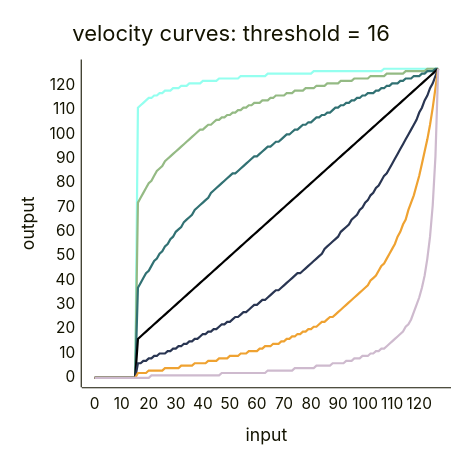
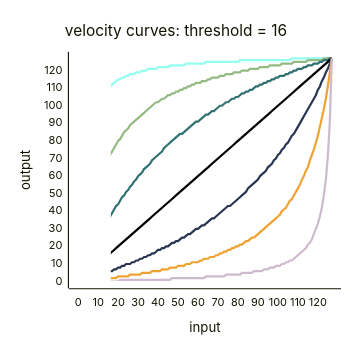
Before and after one commit to HLammers/cybo-drummer: the third of 4 diagrams in README.md, drawn with Mermaid. The commit also changed other lines of this file, not shown here.

````diff
--- a/README.md
+++ b/README.md
@@ -227,28 +233,34 @@
 ```mermaid
 ---
 config:
     xyChart:
-        width: 400
-        height: 400
+        width: 300
+        height: 300
+        titleFontSize: 14
         xAxis:
             showTick: false
             axisLineWidth: 1
+            titleFontSize: 12
+            labelFontSize: 10
         yAxis:
             showTick: false
             axisLineWidth: 1
+            titleFontSize: 12
+            labelFontSize: 10
     themeVariables:
         xyChart:
-            plotColorPalette: "#94ffef, #94ba84, #317173, #000000, #293552, #efa231, #cebace"
+            plotColorPalette: "#94ffef, #94ba84, #317173, #000000, #293552, #efa231, #cebace, #ffffff"
 ---
 xychart-beta
 title "velocity curves: threshold = 16"
 x-axis input 0 --> 127
 y-axis output
-line "positive 3" [0, 0, 0, 0, 0, 0, 0, 0, 0, 0, 0, 0, 0, 0, 0, 0, 111, 112, 113, 114, 115, 115, 116, 116, 117, 117, 118, 118, 118, 119, 119, 119, 120, 120, 120, 121, 121, 121, 121, 121, 122, 122, 122, 122, 122, 122, 123, 123, 123, 123, 123, 123, 123, 123, 124, 124, 124, 124, 124, 124, 124, 124, 124, 124, 125, 125, 125, 125, 125, 125, 125, 125, 125, 125, 125, 125, 125, 125, 125, 125, 125, 126, 126, 126, 126, 126, 126, 126, 126, 126, 126, 126, 126, 126, 126, 126, 126, 126, 126, 126, 126, 126, 126, 126, 126, 126, 126, 127, 127, 127, 127, 127, 127, 127, 127, 127, 127, 127, 127, 127, 127, 127, 127, 127, 127, 127, 127, 127]
-line "positive 2" [0, 0, 0, 0, 0, 0, 0, 0, 0, 0, 0, 0, 0, 0, 0, 0, 72, 74, 76, 78, 80, 81, 83, 85, 86, 87, 89, 90, 91, 92, 93, 94, 95, 96, 97, 98, 99, 100, 101, 102, 102, 103, 104, 104, 105, 106, 106, 107, 107, 108, 108, 109, 109, 110, 110, 111, 111, 112, 112, 113, 113, 113, 114, 114, 114, 115, 115, 116, 116, 116, 116, 117, 117, 117, 118, 118, 118, 118, 119, 119, 119, 119, 120, 120, 120, 120, 121, 121, 121, 121, 121, 122, 122, 122, 122, 122, 123, 123, 123, 123, 123, 123, 124, 124, 124, 124, 124, 124, 125, 125, 125, 125, 125, 125, 125, 126, 126, 126, 126, 126, 126, 126, 126, 127, 127, 127, 127, 127]
-line "positive 1" [0, 0, 0, 0, 0, 0, 0, 0, 0, 0, 0, 0, 0, 0, 0, 0, 37, 39, 41, 43, 44, 46, 48, 49, 51, 52, 54, 55, 57, 58, 60, 61, 62, 64, 65, 66, 67, 69, 70, 71, 72, 73, 74, 76, 77, 78, 79, 80, 81, 82, 83, 84, 84, 85, 86, 87, 88, 89, 90, 91, 91, 92, 93, 94, 95, 95, 96, 97, 97, 98, 99, 100, 100, 101, 102, 102, 103, 104, 104, 105, 105, 106, 107, 107, 108, 108, 109, 109, 110, 111, 111, 112, 112, 113, 113, 114, 114, 115, 115, 116, 116, 117, 117, 117, 118, 118, 119, 119, 120, 120, 121, 121, 121, 122, 122, 123, 123, 123, 124, 124, 124, 125, 125, 126, 126, 126, 127, 127]
-line "linear" [0, 0, 0, 0, 0, 0, 0, 0, 0, 0, 0, 0, 0, 0, 0, 0, 16, 17, 18, 19, 20, 21, 22, 23, 24, 25, 26, 27, 28, 29, 30, 31, 32, 33, 34, 35, 36, 37, 38, 39, 40, 41, 42, 43, 44, 45, 46, 47, 48, 49, 50, 51, 52, 53, 54, 55, 56, 57, 58, 59, 60, 61, 62, 63, 64, 65, 66, 67, 68, 69, 70, 71, 72, 73, 74, 75, 76, 77, 78, 79, 80, 81, 82, 83, 84, 85, 86, 87, 88, 89, 90, 91, 92, 93, 94, 95, 96, 97, 98, 99, 100, 101, 102, 103, 104, 105, 106, 107, 108, 109, 110, 111, 112, 113, 114, 115, 116, 117, 118, 119, 120, 121, 122, 123, 124, 125, 126, 127]
-line "negative 1" [0, 0, 0, 0, 0, 0, 0, 0, 0, 0, 0, 0, 0, 0, 0, 0, 6, 6, 7, 7, 8, 8, 9, 9, 10, 10, 10, 11, 11, 12, 12, 13, 13, 14, 14, 15, 15, 16, 16, 17, 18, 18, 19, 19, 20, 20, 21, 22, 22, 23, 23, 24, 25, 25, 26, 27, 27, 28, 29, 30, 30, 31, 32, 32, 33, 34, 35, 36, 36, 37, 38, 39, 40, 41, 42, 43, 43, 44, 45, 46, 47, 48, 49, 50, 51, 53, 54, 55, 56, 57, 58, 60, 61, 62, 63, 65, 66, 67, 69, 70, 72, 73, 75, 76, 78, 79, 81, 83, 84, 86, 88, 90, 92, 94, 96, 98, 100, 102, 104, 106, 109, 111, 114, 116, 119, 121, 124, 127]
-line "negative 2" [0, 0, 0, 0, 0, 0, 0, 0, 0, 0, 0, 0, 0, 0, 0, 0, 2, 2, 2, 2, 3, 3, 3, 3, 3, 3, 4, 4, 4, 4, 4, 4, 5, 5, 5, 5, 5, 6, 6, 6, 6, 6, 7, 7, 7, 7, 8, 8, 8, 8, 9, 9, 9, 9, 10, 10, 10, 11, 11, 11, 11, 12, 12, 13, 13, 13, 14, 14, 14, 15, 15, 16, 16, 17, 17, 18, 18, 19, 19, 20, 20, 21, 21, 22, 23, 23, 24, 25, 25, 26, 27, 28, 29, 30, 31, 32, 33, 34, 35, 36, 37, 38, 40, 41, 42, 44, 46, 47, 49, 51, 53, 55, 58, 60, 63, 65, 69, 72, 75, 79, 83, 88, 93, 98, 104, 111, 119, 127]
+line "positive 3" [0, 0, 0, 0, 0, 0, 0, 0, 0, 0, 0, 0, 0, 0, 0, 110, 111, 112, 113, 114, 115, 115, 116, 116, 117, 117, 118, 118, 118, 119, 119, 119, 120, 120, 120, 121, 121, 121, 121, 121, 122, 122, 122, 122, 122, 122, 123, 123, 123, 123, 123, 123, 123, 123, 124, 124, 124, 124, 124, 124, 124, 124, 124, 124, 125, 125, 125, 125, 125, 125, 125, 125, 125, 125, 125, 125, 125, 125, 125, 125, 125, 126, 126, 126, 126, 126, 126, 126, 126, 126, 126, 126, 126, 126, 126, 126, 126, 126, 126, 126, 126, 126, 126, 126, 126, 126, 126, 127, 127, 127, 127, 127, 127, 127, 127, 127, 127, 127, 127, 127, 127, 127, 127, 127, 127, 127, 127, 127]
+line "positive 2" [0, 0, 0, 0, 0, 0, 0, 0, 0, 0, 0, 0, 0, 0, 0, 69, 72, 74, 76, 78, 80, 81, 83, 85, 86, 87, 89, 90, 91, 92, 93, 94, 95, 96, 97, 98, 99, 100, 101, 102, 102, 103, 104, 104, 105, 106, 106, 107, 107, 108, 108, 109, 109, 110, 110, 111, 111, 112, 112, 113, 113, 113, 114, 114, 114, 115, 115, 116, 116, 116, 116, 117, 117, 117, 118, 118, 118, 118, 119, 119, 119, 119, 120, 120, 120, 120, 121, 121, 121, 121, 121, 122, 122, 122, 122, 122, 123, 123, 123, 123, 123, 123, 124, 124, 124, 124, 124, 124, 125, 125, 125, 125, 125, 125, 125, 126, 126, 126, 126, 126, 126, 126, 126, 127, 127, 127, 127, 127]
+line "positive 1" [0, 0, 0, 0, 0, 0, 0, 0, 0, 0, 0, 0, 0, 0, 0, 35, 37, 39, 41, 43, 44, 46, 48, 49, 51, 52, 54, 55, 57, 58, 60, 61, 62, 64, 65, 66, 67, 69, 70, 71, 72, 73, 74, 76, 77, 78, 79, 80, 81, 82, 83, 84, 84, 85, 86, 87, 88, 89, 90, 91, 91, 92, 93, 94, 95, 95, 96, 97, 97, 98, 99, 100, 100, 101, 102, 102, 103, 104, 104, 105, 105, 106, 107, 107, 108, 108, 109, 109, 110, 111, 111, 112, 112, 113, 113, 114, 114, 115, 115, 116, 116, 117, 117, 117, 118, 118, 119, 119, 120, 120, 121, 121, 121, 122, 122, 123, 123, 123, 124, 124, 124, 125, 125, 126, 126, 126, 127, 127]
+line "linear" [0, 0, 0, 0, 0, 0, 0, 0, 0, 0, 0, 0, 0, 0, 0, 15, 16, 17, 18, 19, 20, 21, 22, 23, 24, 25, 26, 27, 28, 29, 30, 31, 32, 33, 34, 35, 36, 37, 38, 39, 40, 41, 42, 43, 44, 45, 46, 47, 48, 49, 50, 51, 52, 53, 54, 55, 56, 57, 58, 59, 60, 61, 62, 63, 64, 65, 66, 67, 68, 69, 70, 71, 72, 73, 74, 75, 76, 77, 78, 79, 80, 81, 82, 83, 84, 85, 86, 87, 88, 89, 90, 91, 92, 93, 94, 95, 96, 97, 98, 99, 100, 101, 102, 103, 104, 105, 106, 107, 108, 109, 110, 111, 112, 113, 114, 115, 116, 117, 118, 119, 120, 121, 122, 123, 124, 125, 126, 127]
+line "negative 1" [0, 0, 0, 0, 0, 0, 0, 0, 0, 0, 0, 0, 0, 0, 0, 6, 6, 6, 7, 7, 8, 8, 9, 9, 10, 10, 10, 11, 11, 12, 12, 13, 13, 14, 14, 15, 15, 16, 16, 17, 18, 18, 19, 19, 20, 20, 21, 22, 22, 23, 23, 24, 25, 25, 26, 27, 27, 28, 29, 30, 30, 31, 32, 32, 33, 34, 35, 36, 36, 37, 38, 39, 40, 41, 42, 43, 43, 44, 45, 46, 47, 48, 49, 50, 51, 53, 54, 55, 56, 57, 58, 60, 61, 62, 63, 65, 66, 67, 69, 70, 72, 73, 75, 76, 78, 79, 81, 83, 84, 86, 88, 90, 92, 94, 96, 98, 100, 102, 104, 106, 109, 111, 114, 116, 119, 121, 124, 127]
+line "negative 2" [0, 0, 0, 0, 0, 0, 0, 0, 0, 0, 0, 0, 0, 0, 0, 2, 2, 2, 2, 2, 3, 3, 3, 3, 3, 3, 4, 4, 4, 4, 4, 4, 5, 5, 5, 5, 5, 6, 6, 6, 6, 6, 7, 7, 7, 7, 8, 8, 8, 8, 9, 9, 9, 9, 10, 10, 10, 11, 11, 11, 11, 12, 12, 13, 13, 13, 14, 14, 14, 15, 15, 16, 16, 17, 17, 18, 18, 19, 19, 20, 20, 21, 21, 22, 23, 23, 24, 25, 25, 26, 27, 28, 29, 30, 31, 32, 33, 34, 35, 36, 37, 38, 40, 41, 42, 44, 46, 47, 49, 51, 53, 55, 58, 60, 63, 65, 69, 72, 75, 79, 83, 88, 93, 98, 104, 111, 119, 127]
 line "negative 3" [0, 0, 0, 0, 0, 0, 0, 0, 0, 0, 0, 0, 0, 0, 0, 0, 0, 0, 0, 0, 0, 1, 1, 1, 1, 1, 1, 1, 1, 1, 1, 1, 1, 1, 1, 1, 1, 1, 1, 1, 1, 1, 1, 1, 1, 1, 1, 2, 2, 2, 2, 2, 2, 2, 2, 2, 2, 2, 2, 2, 2, 2, 2, 2, 3, 3, 3, 3, 3, 3, 3, 3, 3, 3, 4, 4, 4, 4, 4, 4, 4, 4, 5, 5, 5, 5, 5, 5, 6, 6, 6, 6, 6, 7, 7, 7, 8, 8, 8, 9, 9, 9, 10, 10, 11, 11, 12, 12, 13, 14, 15, 16, 17, 18, 19, 21, 22, 24, 27, 30, 33, 37, 42, 49, 58, 71, 91, 127]
+bar "mask" [127, 127, 127, 127, 127, 127, 127, 127, 127, 127, 127, 127, 127, 0, 0, 0, 0, 0, 0, 0, 0, 0, 0, 0, 0, 0, 0, 0, 0, 0, 0, 0, 0, 0, 0, 0, 0, 0, 0, 0, 0, 0, 0, 0, 0, 0, 0, 0, 0, 0, 0, 0, 0, 0, 0, 0, 0, 0, 0, 0, 0, 0, 0, 0, 0, 0, 0, 0, 0, 0, 0, 0, 0, 0, 0, 0, 0, 0, 0, 0, 0, 0,0, 0, 0, 0, 0, 0, 0, 0, 0, 0, 0, 0, 0, 0, 0, 0, 0, 0, 0, 0, 0, 0, 0, 0, 0, 0, 0, 0, 0, 0, 0, 0, 0, 0, 0, 0, 0, 0, 0, 0, 0, 0, 0, 0, 0, 0]
 ```
````
